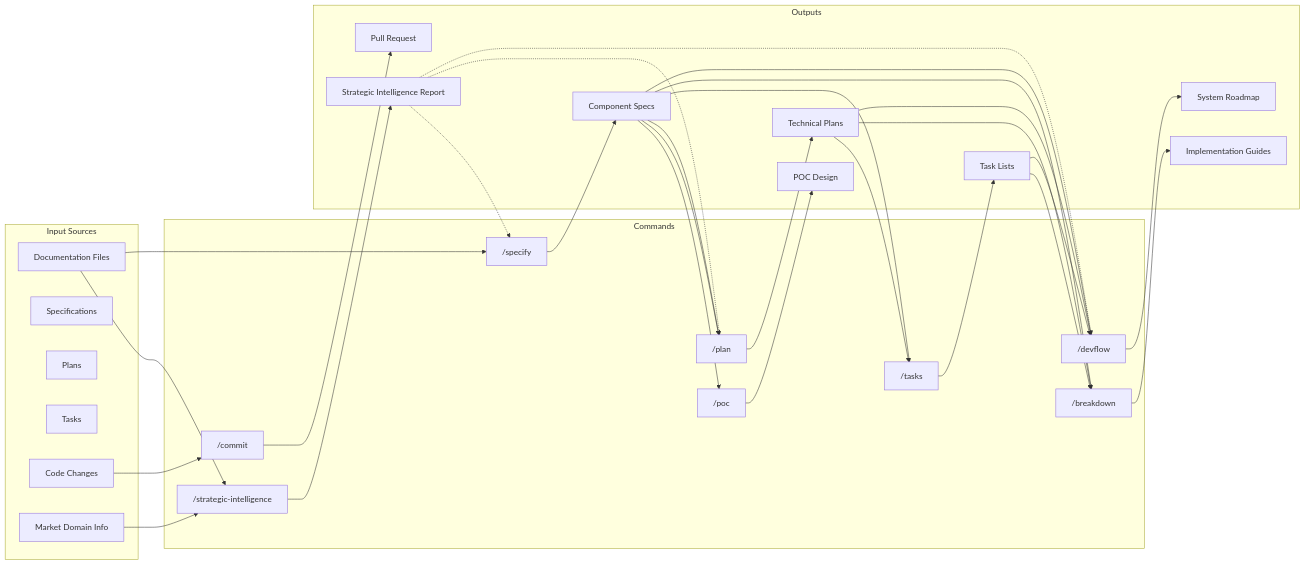
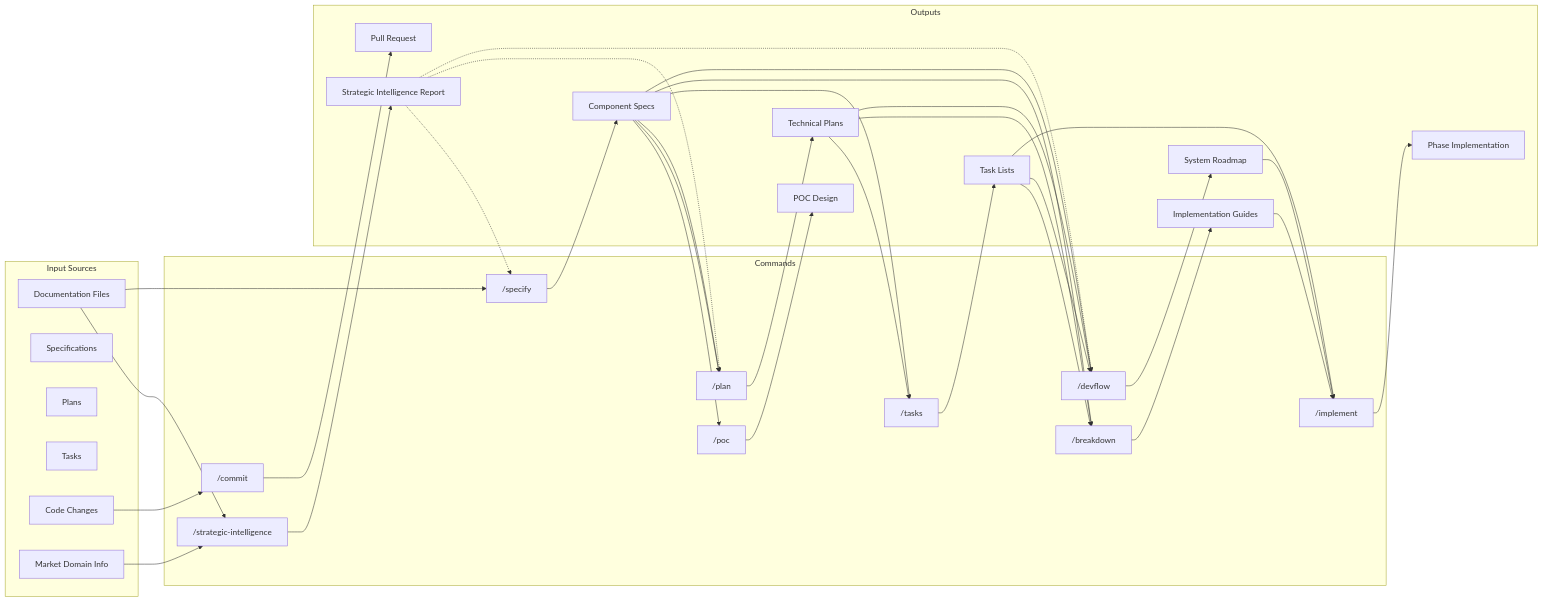
Diagram 14 of 23 in commands/WORKFLOW.md (Mathews-Tom/sage-dev), drawn with Mermaid before and after one commit. The commit also changed other lines of this file and 2 other files, not shown here.

First line of the commit message:
docs: introduce /implement command and integrate phased implementation across workflow

````diff
--- a/commands/WORKFLOW.md
+++ b/commands/WORKFLOW.md
@@ -328,67 +355,74 @@
 ```mermaid
 graph LR
     subgraph "Input Sources"
         Docs[Documentation Files]
         Specs[Specifications]
         Plans[Plans]
         Tasks[Tasks]
         Code[Code Changes]
         Market[Market Domain Info]
     end
 
     subgraph "Commands"
         Assessment["/strategic-intelligence"]
         Specify["/specify"]
         POC["/poc"]
         Plan["/plan"]
         TaskCmd["/tasks"]
         Breakdown["/breakdown"]
         DevFlow["/devflow"]
+        Implement["/implement"]
         Commit["/commit"]
     end
 
     subgraph "Outputs"
         StrategicReport[Strategic Intelligence Report]
         CompSpecs[Component Specs]
         POCDocs[POC Design]
         TechPlans[Technical Plans]
         TaskLists[Task Lists]
         ImplGuides[Implementation Guides]
         Roadmap[System Roadmap]
+        PhaseCode[Phase Implementation]
         PR[Pull Request]
     end
 
     Docs --> Assessment
     Market --> Assessment
     Assessment --> StrategicReport
 
     Docs --> Specify
     StrategicReport -.-> Specify
     Specify --> CompSpecs
 
     CompSpecs --> POC
     CompSpecs --> Plan
     StrategicReport -.-> Plan
     POC --> POCDocs
 
     CompSpecs --> Plan
     Plan --> TechPlans
 
     CompSpecs --> TaskCmd
     TechPlans --> TaskCmd
     TaskCmd --> TaskLists
 
     CompSpecs --> Breakdown
     TechPlans --> Breakdown
     TaskLists --> Breakdown
     Breakdown --> ImplGuides
 
     CompSpecs --> DevFlow
     TechPlans --> DevFlow
     TaskLists --> DevFlow
     StrategicReport -.-> DevFlow
     DevFlow --> Roadmap
 
+    Roadmap --> Implement
+    TaskLists --> Implement
+    ImplGuides --> Implement
+    Implement --> PhaseCode
+
     Code --> Commit
     Commit --> PR
 ```
````
